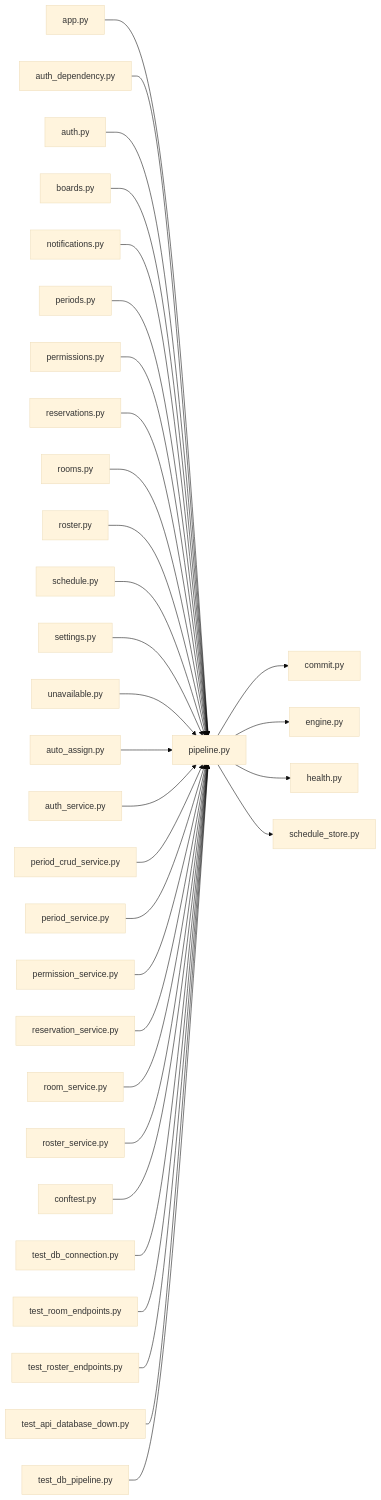
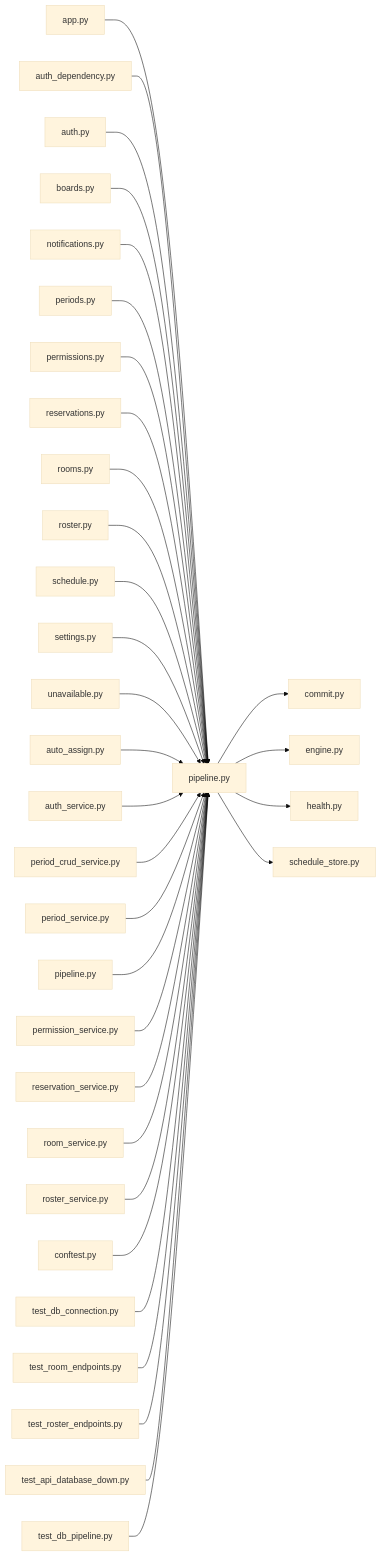
The diagram in .cluedoc/graph/backend/src/backend/db/pipeline.md (minkong-dev/Banblit), drawn with Mermaid (base theme) before and after one commit. The commit also changed other lines of this file and 64 other files, not shown here.

````diff
--- a/.cluedoc/graph/backend/src/backend/db/pipeline.md
+++ b/.cluedoc/graph/backend/src/backend/db/pipeline.md
@@ -10,35 +10,36 @@
 ```mermaid
 flowchart LR
   backend_src_backend_db_pipeline["pipeline.py"]
   backend_src_backend_db_pipeline --> backend_src_backend_db_commit["commit.py"]
   backend_src_backend_db_pipeline --> backend_src_backend_db_engine["engine.py"]
   backend_src_backend_db_pipeline --> backend_src_backend_db_health["health.py"]
   backend_src_backend_db_pipeline --> backend_src_backend_db_schedule_store["schedule_store.py"]
   backend_src_backend_api_app["app.py"] --> backend_src_backend_db_pipeline
   backend_src_backend_api_auth_dependency["auth_dependency.py"] --> backend_src_backend_db_pipeline
   backend_src_backend_api_routers_auth["auth.py"] --> backend_src_backend_db_pipeline
   backend_src_backend_api_routers_boards["boards.py"] --> backend_src_backend_db_pipeline
   backend_src_backend_api_routers_notifications["notifications.py"] --> backend_src_backend_db_pipeline
   backend_src_backend_api_routers_periods["periods.py"] --> backend_src_backend_db_pipeline
   backend_src_backend_api_routers_permissions["permissions.py"] --> backend_src_backend_db_pipeline
   backend_src_backend_api_routers_reservations["reservations.py"] --> backend_src_backend_db_pipeline
   backend_src_backend_api_routers_rooms["rooms.py"] --> backend_src_backend_db_pipeline
   backend_src_backend_api_routers_roster["roster.py"] --> backend_src_backend_db_pipeline
   backend_src_backend_api_routers_schedule["schedule.py"] --> backend_src_backend_db_pipeline
   backend_src_backend_api_routers_settings["settings.py"] --> backend_src_backend_db_pipeline
   backend_src_backend_api_routers_unavailable["unavailable.py"] --> backend_src_backend_db_pipeline
   backend_src_backend_jobs_auto_assign["auto_assign.py"] --> backend_src_backend_db_pipeline
   backend_src_backend_services_auth_auth_service["auth_service.py"] --> backend_src_backend_db_pipeline
   backend_src_backend_services_period_period_crud_service["period_crud_service.py"] --> backend_src_backend_db_pipeline
   backend_src_backend_services_period_period_service["period_service.py"] --> backend_src_backend_db_pipeline
+  backend_src_backend_services_period_pipeline["pipeline.py"] --> backend_src_backend_db_pipeline
   backend_src_backend_services_permission_permission_service["permission_service.py"] --> backend_src_backend_db_pipeline
   backend_src_backend_services_reservation_reservation_service["reservation_service.py"] --> backend_src_backend_db_pipeline
   backend_src_backend_services_room_room_service["room_service.py"] --> backend_src_backend_db_pipeline
   backend_src_backend_services_roster_roster_service["roster_service.py"] --> backend_src_backend_db_pipeline
   backend_tests_conftest["conftest.py"] --> backend_src_backend_db_pipeline
   backend_tests_integration_db_test_db_connection["test_db_connection.py"] --> backend_src_backend_db_pipeline
   backend_tests_integration_db_test_room_endpoints["test_room_endpoints.py"] --> backend_src_backend_db_pipeline
   backend_tests_integration_db_test_roster_endpoints["test_roster_endpoints.py"] --> backend_src_backend_db_pipeline
   backend_tests_unit_test_api_database_down["test_api_database_down.py"] --> backend_src_backend_db_pipeline
   backend_tests_unit_test_db_pipeline["test_db_pipeline.py"] --> backend_src_backend_db_pipeline
 ```
````
